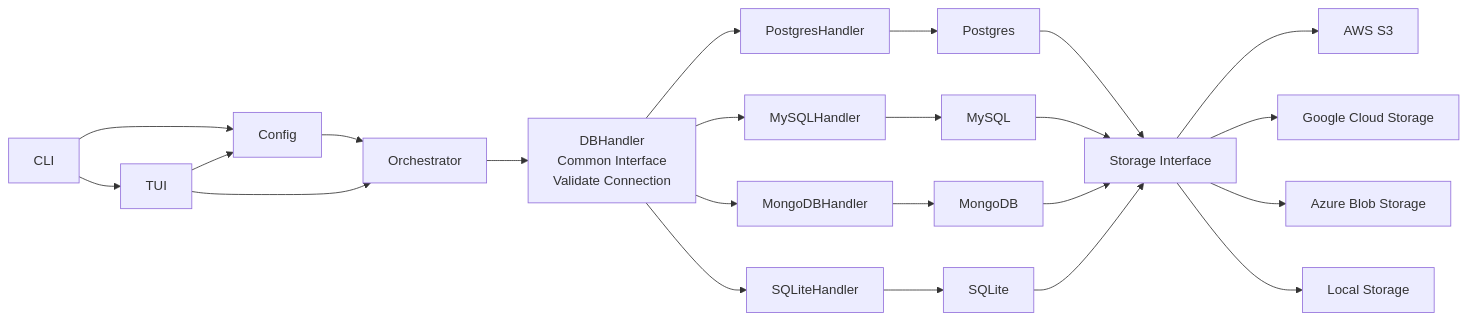
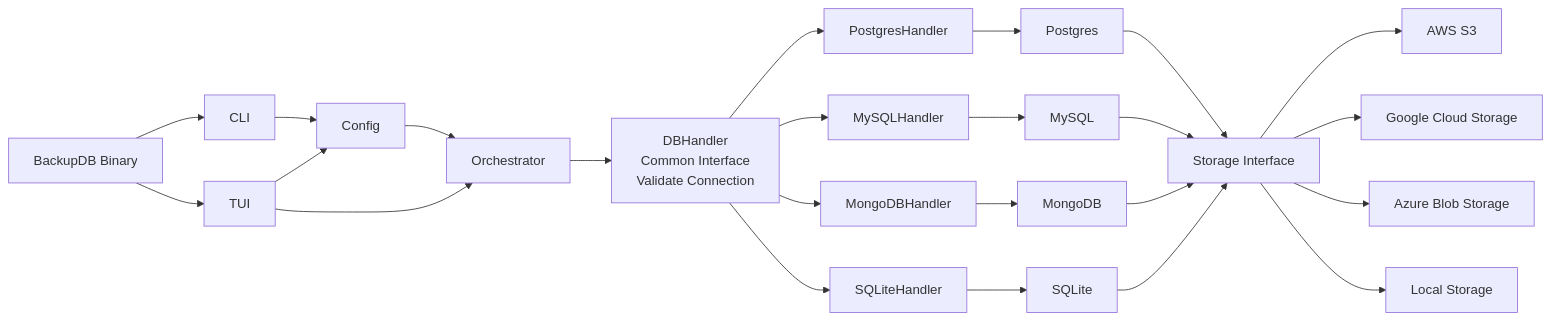
One commit to drumilbhati/BackupDB changed the diagram in IMPLEMENTATION.md. Above: the diagram before and after it, drawn with Mermaid. The commit also changed other lines of this file, not shown here.

````diff
--- a/IMPLEMENTATION.md
+++ b/IMPLEMENTATION.md
@@ -9,29 +9,30 @@
 ```mermaid
 flowchart LR
-  CLI[CLI] --> Config[Config]
-  CLI --> TUI[TUI]
+  App[BackupDB Binary] --> CLI[CLI]
+  App --> TUI[TUI]
+  CLI --> Config[Config]
   TUI --> Config
   TUI --> Orchestrator
   Config --> Orchestrator[Orchestrator]
   Orchestrator --> DBHandler[DBHandler\nCommon Interface\nValidate Connection]
 
   DBHandler --> PostgresHandler[PostgresHandler]
   DBHandler --> MySQLHandler[MySQLHandler]
   DBHandler --> MongoDBHandler[MongoDBHandler]
   DBHandler --> SQLiteHandler[SQLiteHandler]
 
   PostgresHandler --> Postgres[Postgres]
   MySQLHandler --> MySQL[MySQL]
   MongoDBHandler --> MongoDB[MongoDB]
   SQLiteHandler --> SQLite[SQLite]
 
   Postgres --> StorageInterface[Storage Interface]
   MySQL --> StorageInterface
   MongoDB --> StorageInterface
   SQLite --> StorageInterface
 
   StorageInterface --> S3[AWS S3]
   StorageInterface --> GCS[Google Cloud Storage]
   StorageInterface --> Azure[Azure Blob Storage]
   StorageInterface --> Local[Local Storage]
 ```
````
